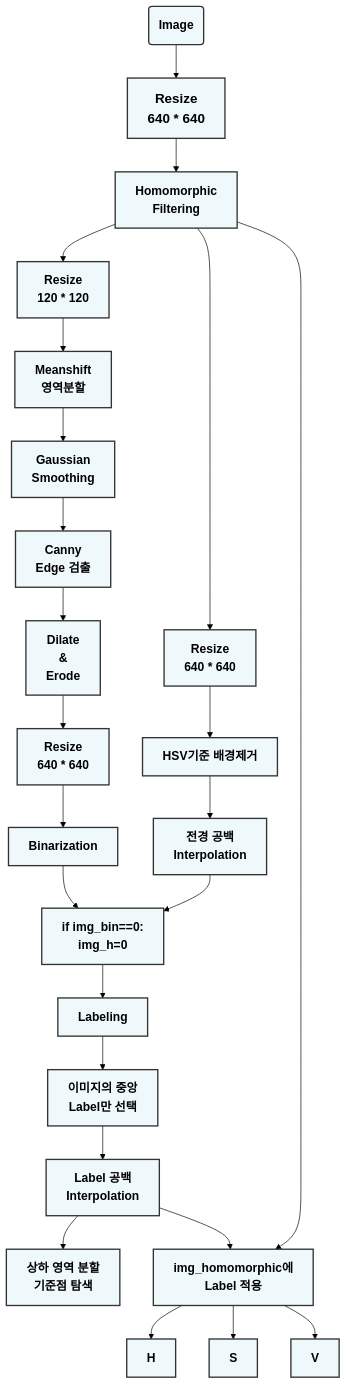
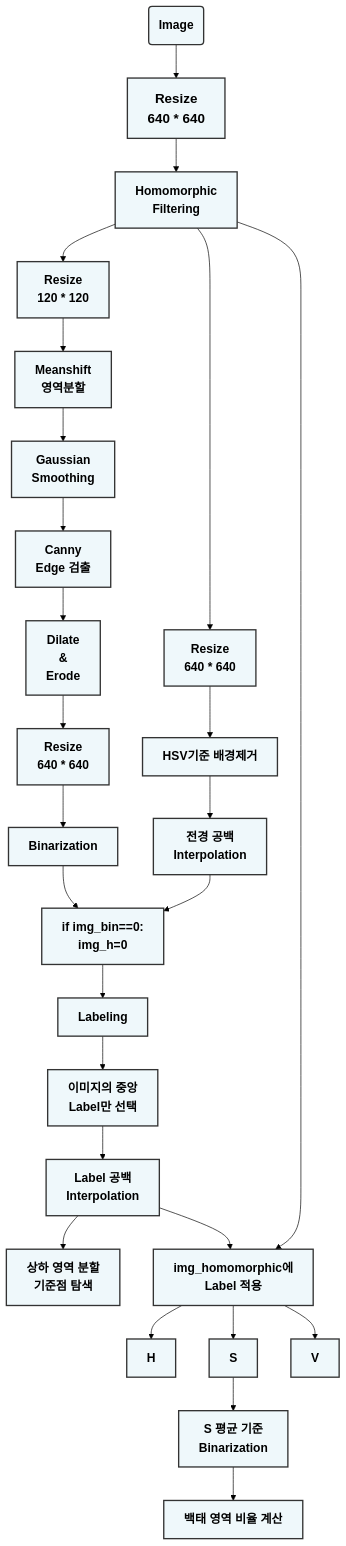
One commit to 201710808/-p changed the second of 2 diagrams in Readme.md. Above: the diagram before and after it, drawn with Mermaid (forest theme).

````diff
--- a/Readme.md
+++ b/Readme.md
@@ -13,56 +13,60 @@
 ```mermaid
 graph
 A(<b><span style='font-size:18px'>Image</span></b>)-->B[<b><span style='font-size:20px'>Resize<br>640 * 640</span></b>]
 B-->C[<b><span style='font-size:18px'>Homomorphic<br>Filtering</span></b>]
 C-->D1[<b><span style='font-size:18px'>Resize<br>120 * 120</span></b>]
 D1-->E1[<b><span style='font-size:18px'>Meanshift<br>영역분할</span></b>]
 E1-->F1[<b><span style='font-size:18px'>Gaussian<br>Smoothing</span></b>]
 F1-->G[<b><span style='font-size:18px'>Canny<br>Edge 검출</span></b>]
 G-->H[<b><span style='font-size:18px'>Dilate<br>&<br>Erode</span></b>]
 H-->I[<b><span style='font-size:18px'>Resize<br>640 * 640</span></b>]
 I-->J[<b><span style='font-size:18px'>Binarization</span></b>]
 
 C-->D2[<b><span style='font-size:18px'>Resize<br>640 * 640</span></b>]
 D2-->E2[<b><span style='font-size:18px'>HSV기준 배경제거</span></b>]
 E2-->F2[<b><span style='font-size:18px'>전경 공백<br>Interpolation</span></b>]
 
 J-->K
 F2-->K[<b><span style='font-size:18px'>if img_bin==0:<br>img_h=0</span></b>]
 K-->L[<b><span style='font-size:18px'>Labeling</span></b>]
 L-->M[<b><span style='font-size:18px'>이미지의 중앙<br>Label만 선택</span></b>]
 M-->N[<b><span style='font-size:18px'>Label 공백<br>Interpolation</span></b>]
 N-->O1[<b><span style='font-size:18px'>상하 영역 분할<br>기준점 탐색</span></b>]
 
 C-->O2
 N-->O2[<b><span style='font-size:18px'>img_homomorphic에<br>Label 적용</span></b>]
 O2-->P1[<b><span style='font-size:18px'>H</span></b>]
 O2-->P2[<b><span style='font-size:18px'>S</span></b>]
 O2-->P3[<b><span style='font-size:18px'>V</span></b>]
+P2-->Q[<b><span style='font-size:18px'>S 평균 기준<br>Binarization</span></b>]
+Q-->R[<b><span style='font-size:18px'>백태 영역 비율 계산</span></b>]
 
 
 style A fill:#EFF8FB ,stroke:#333,stroke-width:2px
 style B fill:#EFF8FB ,stroke:#333,stroke-width:2px
 style C fill:#EFF8FB ,stroke:#333,stroke-width:2px
 style D1 fill:#EFF8FB ,stroke:#333,stroke-width:2px
 style E1 fill:#EFF8FB ,stroke:#333,stroke-width:2px
 style F1 fill:#EFF8FB ,stroke:#333,stroke-width:2px
 style G fill:#EFF8FB ,stroke:#333,stroke-width:2px
 style H fill:#EFF8FB ,stroke:#333,stroke-width:2px
 style I fill:#EFF8FB ,stroke:#333,stroke-width:2px
 style J fill:#EFF8FB ,stroke:#333,stroke-width:2px
 
 style D2 fill:#EFF8FB ,stroke:#333,stroke-width:2px
 style E2 fill:#EFF8FB ,stroke:#333,stroke-width:2px
 style F2 fill:#EFF8FB ,stroke:#333,stroke-width:2px
 
 style K fill:#EFF8FB ,stroke:#333,stroke-width:2px
 style L fill:#EFF8FB ,stroke:#333,stroke-width:2px
 style M fill:#EFF8FB ,stroke:#333,stroke-width:2px
 style N fill:#EFF8FB ,stroke:#333,stroke-width:2px
 style O1 fill:#EFF8FB ,stroke:#333,stroke-width:2px
 
 style O2 fill:#EFF8FB ,stroke:#333,stroke-width:2px
 style P1 fill:#EFF8FB ,stroke:#333,stroke-width:2px
 style P2 fill:#EFF8FB ,stroke:#333,stroke-width:2px
 style P3 fill:#EFF8FB ,stroke:#333,stroke-width:2px
+style Q fill:#EFF8FB ,stroke:#333,stroke-width:2px
+style R fill:#EFF8FB ,stroke:#333,stroke-width:2px
 ```
````
